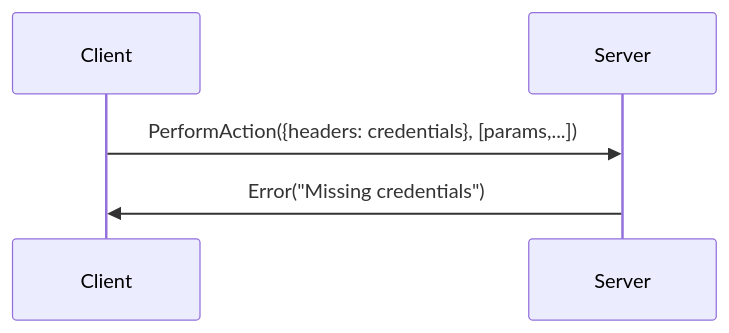
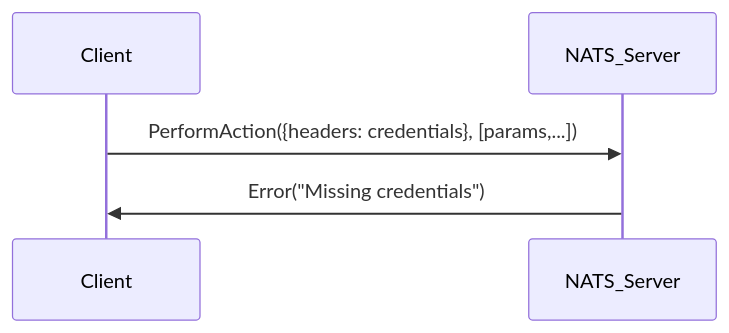
One commit to adimian/kova changed the seventh of 8 diagrams in kova/authentication/docs.md. Above: the diagram before and after it, drawn with Mermaid. The commit also changed other lines of this file, not shown here.

````diff
--- a/kova/authentication/docs.md
+++ b/kova/authentication/docs.md
@@ -59,5 +59,5 @@
 ```mermaid
 sequenceDiagram
-    Client ->> Server: PerformAction({headers: credentials}, [params,...])
-    Server ->> Client: Error("Missing credentials")
+    Client ->> NATS_Server: PerformAction({headers: credentials}, [params,...])
+    NATS_Server ->> Client: Error("Missing credentials")
 ```
````
